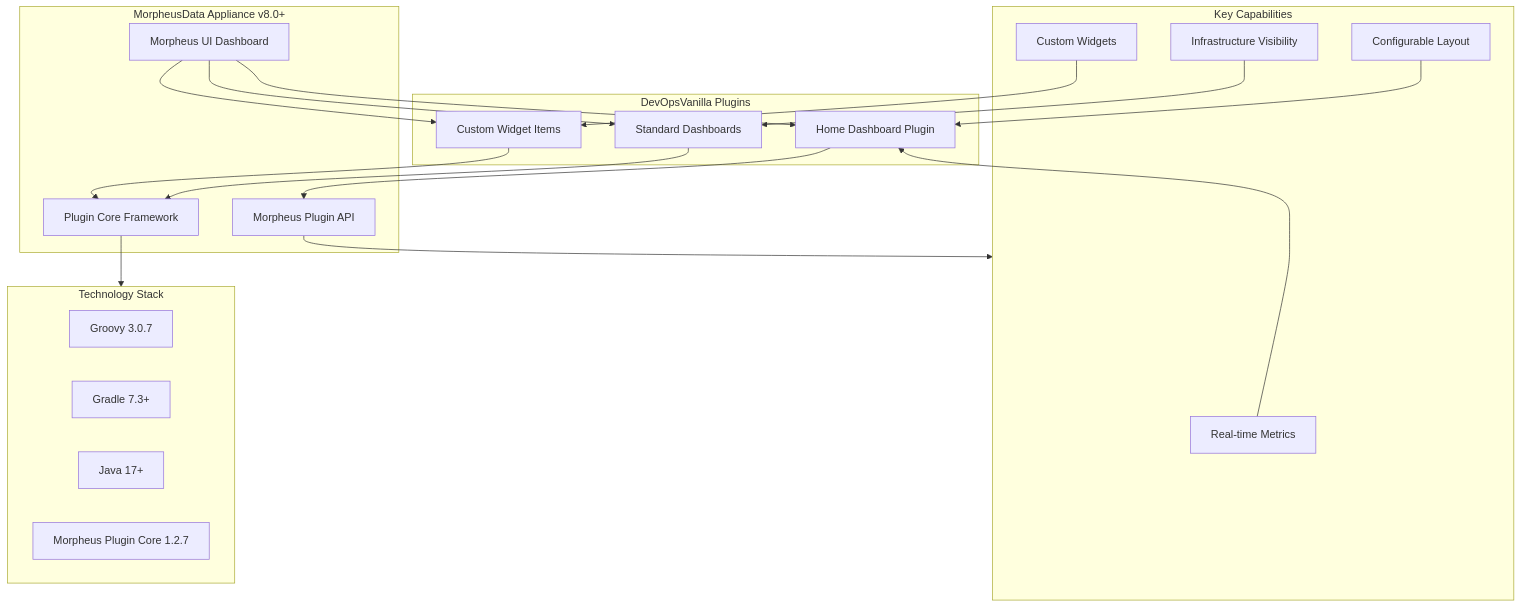
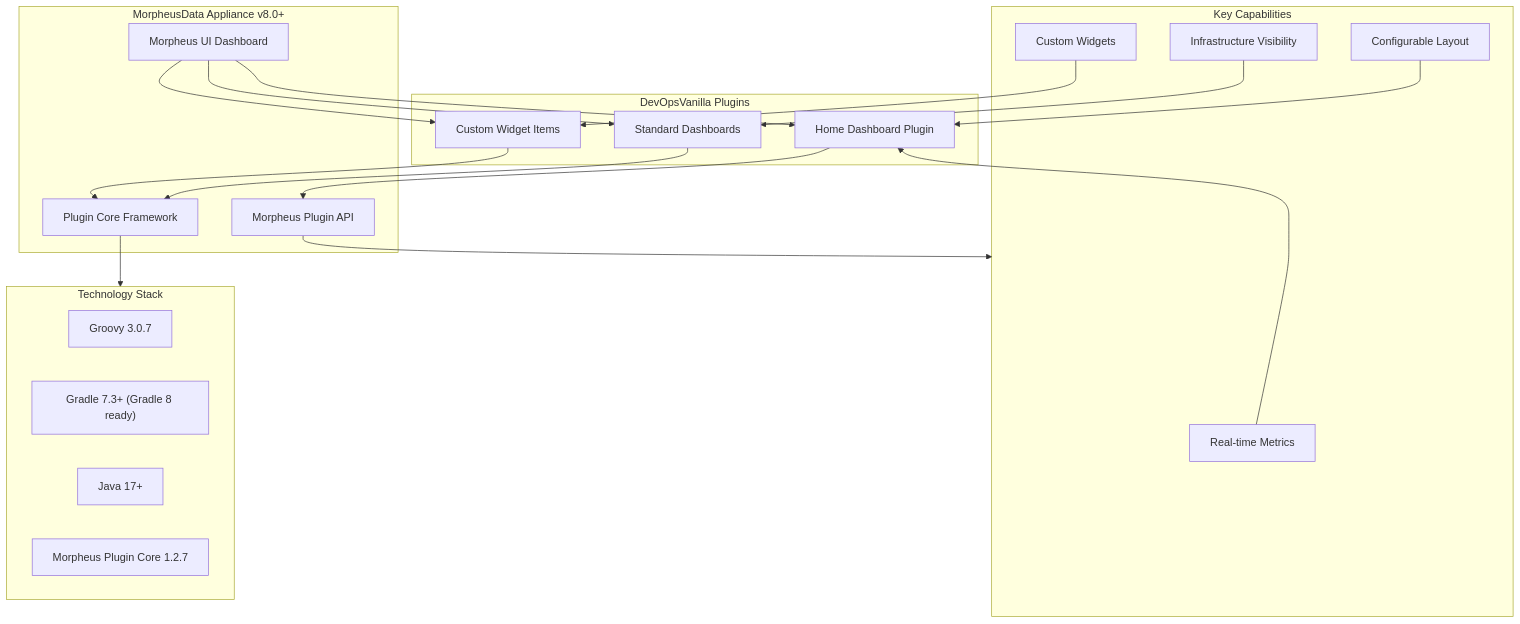
Before and after one commit to devopsvanilla/devopsvanilla-morpheus-dashboards: the diagram in README.md, drawn with Mermaid. The commit also changed other lines of this file and 6 other files, not shown here.

````diff
--- a/README.md
+++ b/README.md
@@ -24,41 +24,41 @@
 ```mermaid
 graph TB
     subgraph Morpheus["MorpheusData Appliance v8.0+"]
         UI["Morpheus UI Dashboard"]
         API["Morpheus Plugin API"]
         Core["Plugin Core Framework"]
     end
     
     subgraph Plugins["DevOpsVanilla Plugins"]
         Home["Home Dashboard Plugin"]
         Custom["Custom Widget Items"]
         Standard["Standard Dashboards"]
     end
     
     subgraph Features["Key Capabilities"]
         RealTime["Real-time Metrics"]
         Custom2["Custom Widgets"]
         Config["Configurable Layout"]
         Infra["Infrastructure Visibility"]
     end
     
     subgraph Tech["Technology Stack"]
         Groovy["Groovy 3.0.7"]
-        Gradle["Gradle 7.3+"]
+        Gradle["Gradle 7.3+ (Gradle 8 ready)"]
         Java["Java 17+"]
         PluginCore["Morpheus Plugin Core 1.2.7"]
     end
     
     UI --> Home
     UI --> Custom
     UI --> Standard
     Home --> API
     Custom --> Core
     Standard --> Core
     API --> Features
     Core --> Tech
     RealTime --> Home
     Custom2 --> Custom
     Config --> Home
     Infra --> Standard
 ```
````
